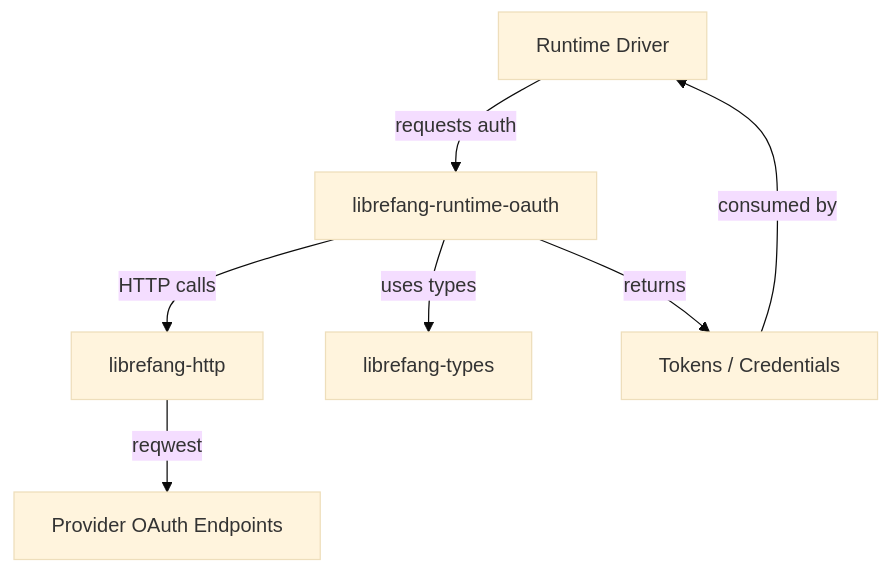
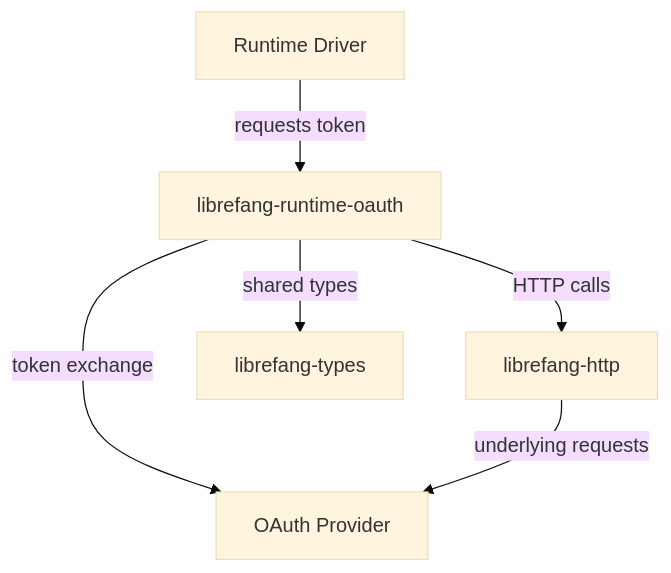
The diagram in other-librefang-runtime-oauth.md (leszek3737/librefang-WIki), drawn with Mermaid (base theme) before and after one commit. The commit also changed other lines of this file and 100 other files, not shown here.

````diff
--- a/other-librefang-runtime-oauth.md
+++ b/other-librefang-runtime-oauth.md
@@ -20,9 +19,8 @@
 ```mermaid
 graph TD
-    A[Runtime Driver] -->|requests auth| B[librefang-runtime-oauth]
+    A[Runtime Driver] -->|requests token| B[librefang-runtime-oauth]
     B -->|HTTP calls| C[librefang-http]
-    C -->|reqwest| D[Provider OAuth Endpoints]
-    B -->|uses types| E[librefang-types]
-    B -->|returns| F[Tokens / Credentials]
-    F -->|consumed by| A
+    B -->|shared types| D[librefang-types]
+    B -->|token exchange| E[OAuth Provider]
+    C -->|underlying requests| E
 ```
````
